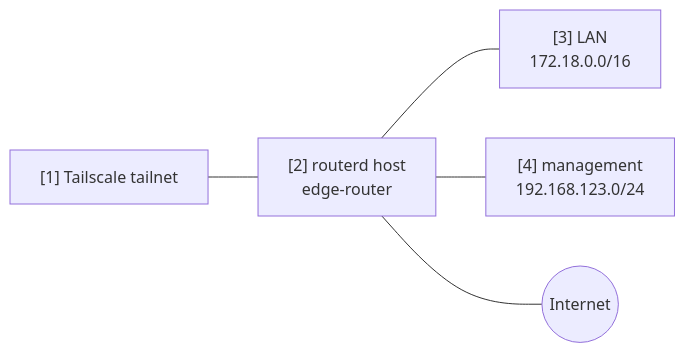
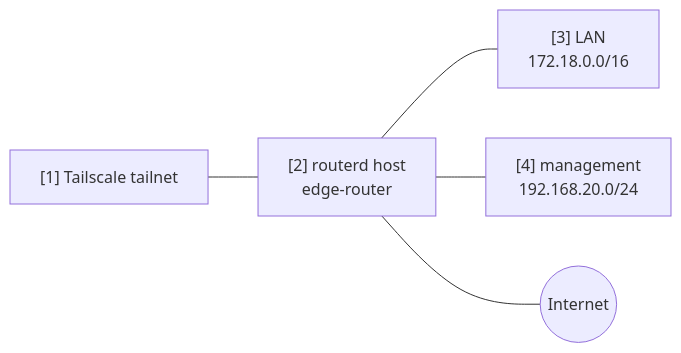
The diagram in docs/config-examples/tailscale-subnet-exit.md (imksoo/routerd), drawn with Mermaid before and after one commit. The commit also changed other lines of this file and 23 other files, not shown here.

````diff
--- a/docs/config-examples/tailscale-subnet-exit.md
+++ b/docs/config-examples/tailscale-subnet-exit.md
@@ -15,13 +15,13 @@
 ```mermaid
 flowchart LR
   tailnet["[1] Tailscale tailnet"]
   router["[2] routerd host<br/>edge-router"]
   lan["[3] LAN<br/>172.18.0.0/16"]
-  mgmt["[4] management<br/>192.168.123.0/24"]
+  mgmt["[4] management<br/>192.168.20.0/24"]
   internet((Internet))
 
   tailnet --- router
   router --- lan
   router --- mgmt
   router --- internet
 ```
````
